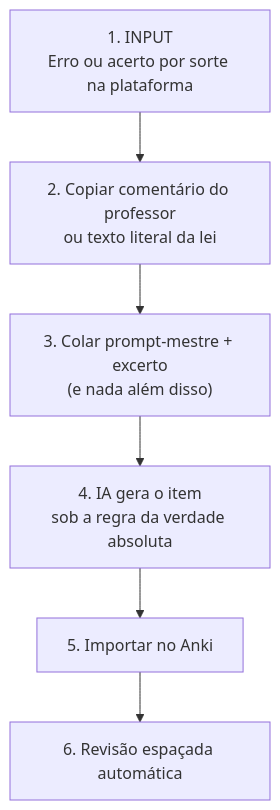
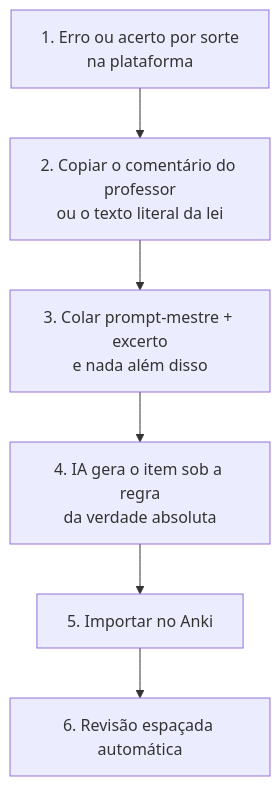
Before and after one commit to thalleskayke6/engenharia-reversa-concursos: the third of 3 diagrams in README.md, drawn with Mermaid. The commit also changed other lines of this file and 1 other file, not shown here.

First line of the commit message:
Expande o artigo com a mecanica operacional e passa o texto pelo humanizador

````diff
--- a/README.md
+++ b/README.md
@@ -422,8 +495,8 @@
 ```mermaid
 flowchart TD
-    A["1. INPUT<br/>Erro ou acerto por sorte na plataforma"] --> B["2. Copiar comentário do professor<br/>ou texto literal da lei"]
-    B --> C["3. Colar prompt-mestre + excerto<br/>(e nada além disso)"]
-    C --> D["4. IA gera o item<br/>sob a regra da verdade absoluta"]
+    A["1. Erro ou acerto por sorte<br/>na plataforma"] --> B["2. Copiar o comentário do professor<br/>ou o texto literal da lei"]
+    B --> C["3. Colar prompt-mestre + excerto<br/>e nada além disso"]
+    C --> D["4. IA gera o item sob a regra<br/>da verdade absoluta"]
     D --> E["5. Importar no Anki"]
     E --> F["6. Revisão espaçada automática"]
 ```
````
